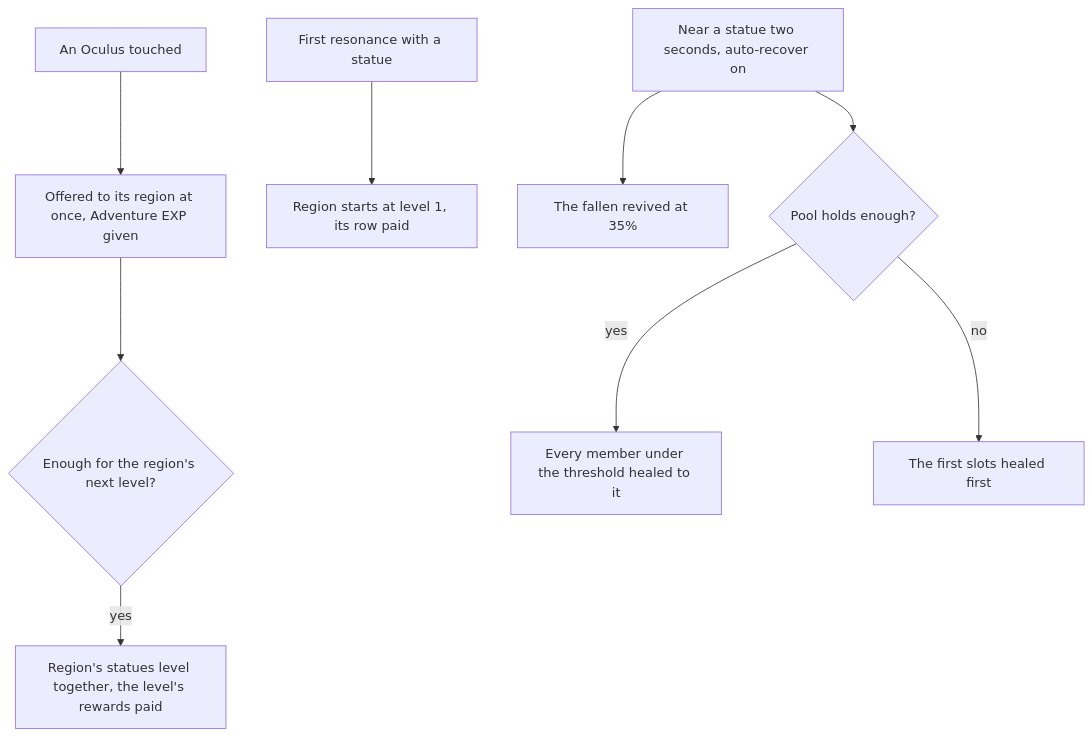
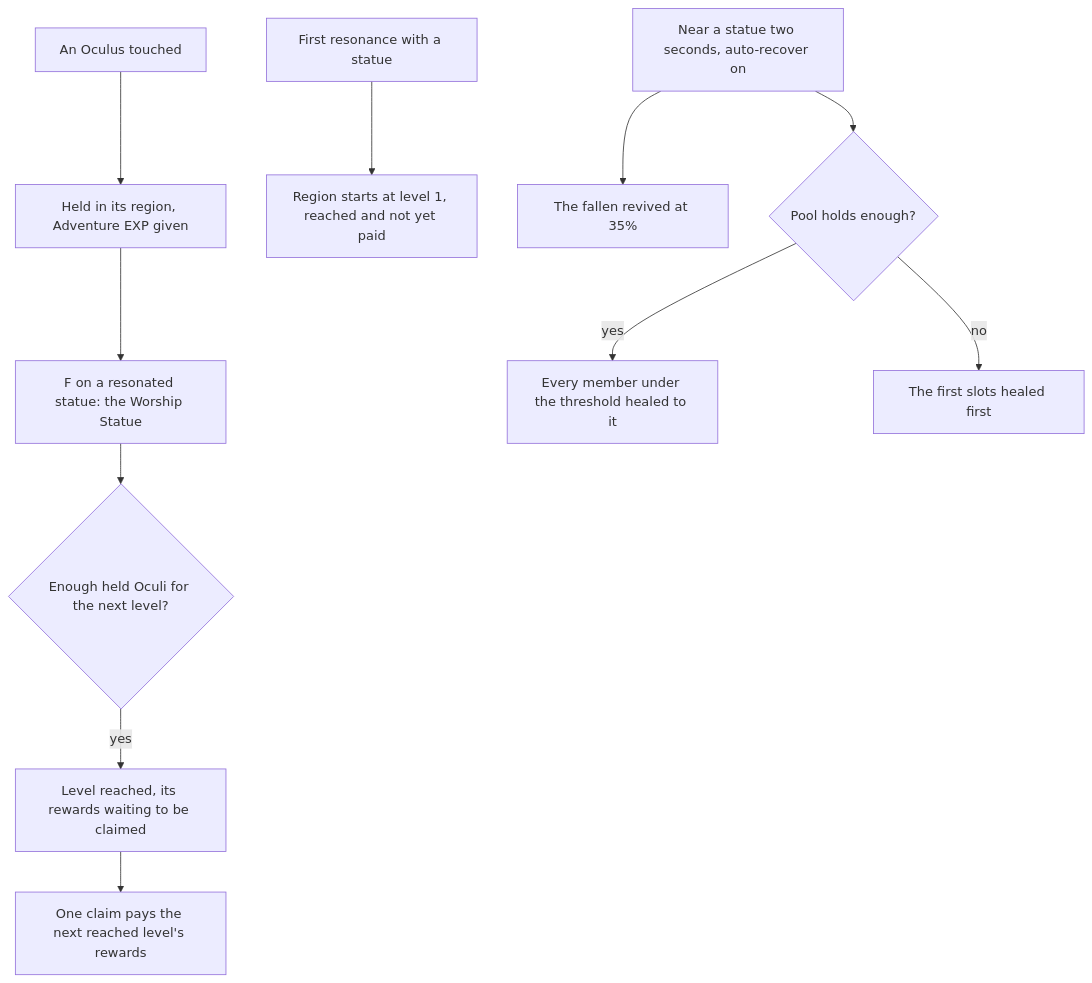
The diagram in openspec/changes/genshin-statues-of-the-seven/design.md (Esposter/Esposter), drawn with Mermaid before and after one commit. The commit also changed other lines of this file and 65 other files, not shown here.

First line of the commit message:
feat(genshin): the Worship Statue offers held Oculi and claims each reached level, and F on a resonated statue opens it

````diff
--- a/openspec/changes/genshin-statues-of-the-seven/design.md
+++ b/openspec/changes/genshin-statues-of-the-seven/design.md
@@ -22,11 +23,13 @@
 ```mermaid
 flowchart TD
-  OCULUS["An Oculus touched"] --> HELD["Offered to its region at once, Adventure EXP given"]
-  HELD --> OFFER{"Enough for the region's next level?"}
-  OFFER -->|"yes"| LEVEL["Region's statues level together, the level's rewards paid"]
-  STATUE["First resonance with a statue"] --> START["Region starts at level 1, its row paid"]
+  OCULUS["An Oculus touched"] --> HELD["Held in its region, Adventure EXP given"]
+  HELD --> WORSHIP["F on a resonated statue: the Worship Statue"]
+  WORSHIP --> OFFER{"Enough held Oculi for the next level?"}
+  OFFER -->|"yes"| LEVEL["Level reached, its rewards waiting to be claimed"]
+  LEVEL --> CLAIM["One claim pays the next reached level's rewards"]
+  STATUE["First resonance with a statue"] --> START["Region starts at level 1, reached and not yet paid"]
   NEAR["Near a statue two seconds, auto-recover on"] --> REVIVE["The fallen revived at 35%"]
   NEAR --> HEAL{"Pool holds enough?"}
   HEAL -->|"yes"| FULL["Every member under the threshold healed to it"]
   HEAL -->|"no"| PART["The first slots healed first"]
 ```
````
